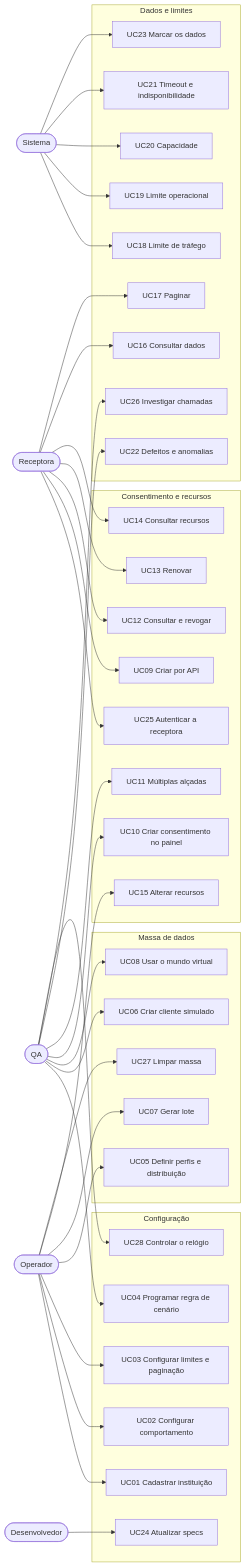
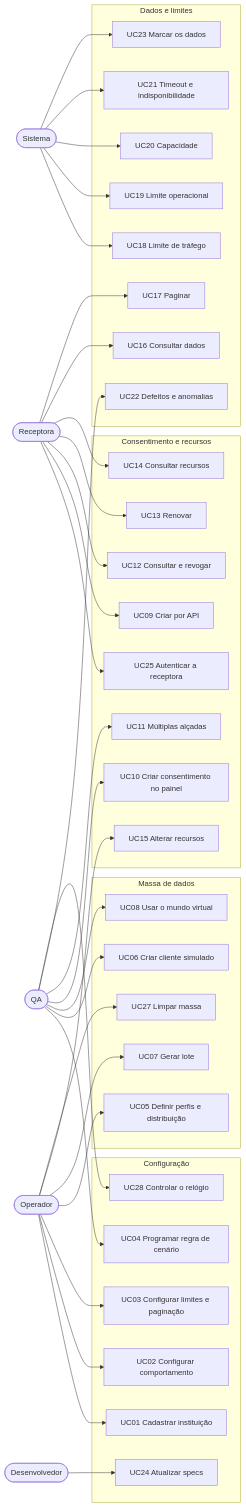
The diagram in docs/01-requisitos/casos-de-uso/README.md (marcelosotto/open-finance-simulator), drawn with Mermaid before and after one commit. The commit also changed other lines of this file and 14 other files, not shown here.

````diff
--- a/docs/01-requisitos/casos-de-uso/README.md
+++ b/docs/01-requisitos/casos-de-uso/README.md
@@ -17,51 +17,50 @@
 ```mermaid
 flowchart LR
   O([Operador])
   Q([QA])
   D([Desenvolvedor])
   R([Receptora])
   S([Sistema])
 
   subgraph Config["Configuração"]
     UC01[UC01 Cadastrar instituição]
     UC02[UC02 Configurar comportamento]
     UC03[UC03 Configurar limites e paginação]
     UC04[UC04 Programar regra de cenário]
     UC24[UC24 Atualizar specs]
     UC28[UC28 Controlar o relógio]
   end
   subgraph Massa["Massa de dados"]
     UC05[UC05 Definir perfis e distribuição]
     UC06[UC06 Criar cliente simulado]
     UC07[UC07 Gerar lote]
     UC08[UC08 Usar o mundo virtual]
     UC27[UC27 Limpar massa]
   end
   subgraph Cons["Consentimento e recursos"]
     UC25[UC25 Autenticar a receptora]
     UC09[UC09 Criar por API]
     UC10[UC10 Criar consentimento no painel]
     UC11[UC11 Múltiplas alçadas]
     UC12[UC12 Consultar e revogar]
     UC13[UC13 Renovar]
     UC14[UC14 Consultar recursos]
     UC15[UC15 Alterar recursos]
   end
   subgraph APIs["Dados e limites"]
     UC16[UC16 Consultar dados]
     UC17[UC17 Paginar]
     UC18[UC18 Limite de tráfego]
     UC19[UC19 Limite operacional]
     UC20[UC20 Capacidade]
     UC21[UC21 Timeout e indisponibilidade]
     UC22[UC22 Defeitos e anomalias]
     UC23[UC23 Marcar os dados]
-    UC26[UC26 Investigar chamadas]
   end
 
   O --> UC01 & UC02 & UC03 & UC05 & UC07 & UC15 & UC27
   D --> UC24
-  Q --> UC04 & UC06 & UC08 & UC10 & UC11 & UC22 & UC26 & UC28
+  Q --> UC04 & UC06 & UC08 & UC10 & UC11 & UC22 & UC28
   R --> UC25 & UC09 & UC12 & UC13 & UC14 & UC16 & UC17
   S --> UC18 & UC19 & UC20 & UC21 & UC23
 ```
````
